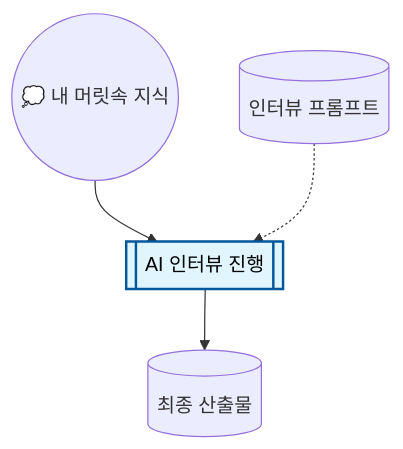
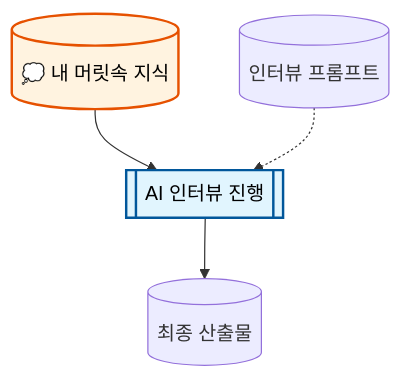
Before and after one commit to isnbh0/yooshin-demo-data: the first of 2 diagrams in prompt-kit/README.md, drawn with Mermaid. The commit also changed other lines of this file, not shown here.

Commit message:
fix: 머릿속 지식 노드를 원형에서 실린더로 변경, 주황색 스타일로 구분

````diff
--- a/prompt-kit/README.md
+++ b/prompt-kit/README.md
@@ -19,12 +19,13 @@
 ```mermaid
 flowchart TD
-    지식((💭 내 머릿속 지식))
+    지식[("💭 내 머릿속 지식")]:::head
     프롬프트[("인터뷰 프롬프트")]
     인터뷰[["AI 인터뷰 진행"]]:::proc
     산출물[("최종 산출물")]
 
     지식 --> 인터뷰 --> 산출물
     프롬프트 -.-> 인터뷰
 
     classDef proc fill:#e1f5fe,stroke:#01579b,stroke-width:2px,color:#000
+    classDef head fill:#fff3e0,stroke:#e65100,stroke-width:2px,color:#000
 ```
````
